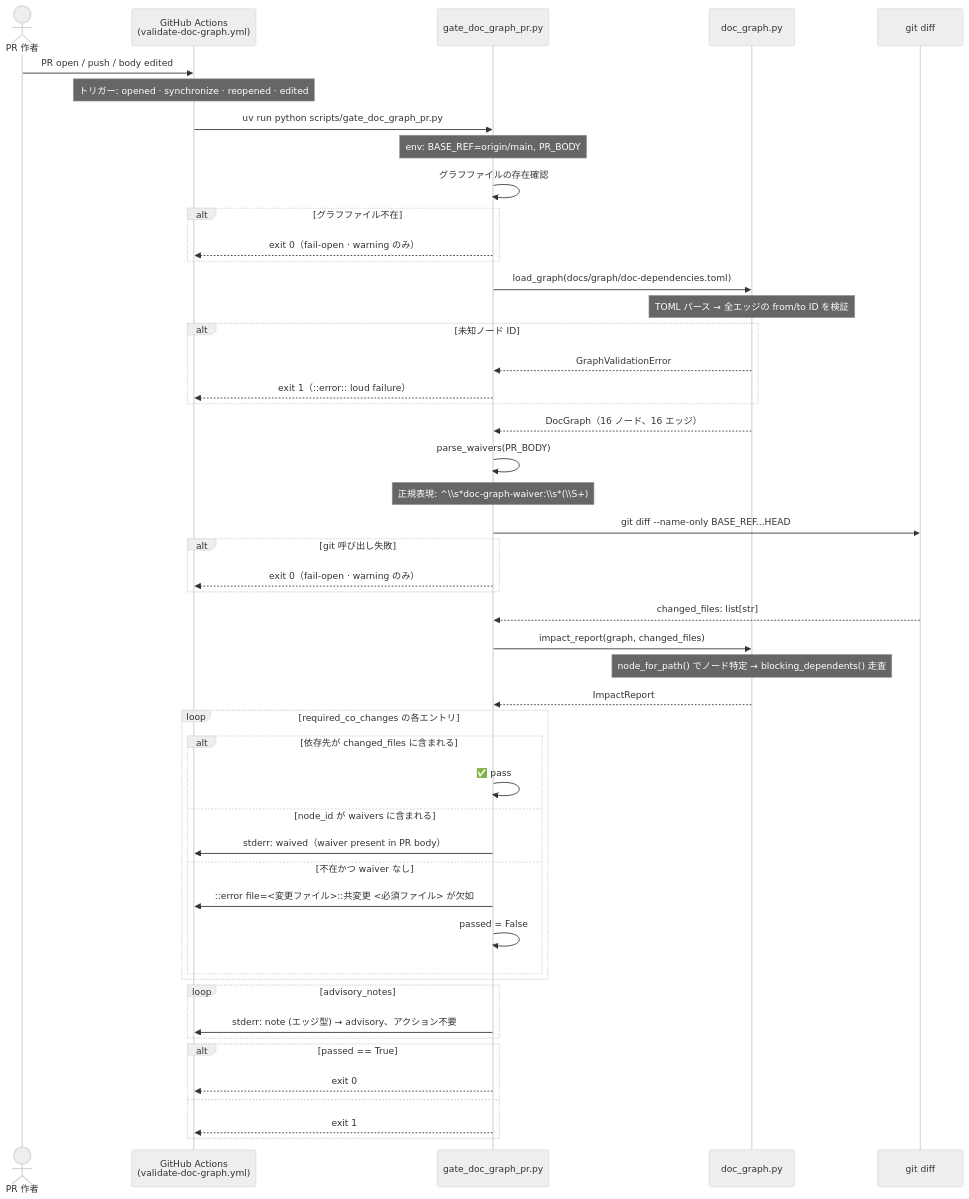
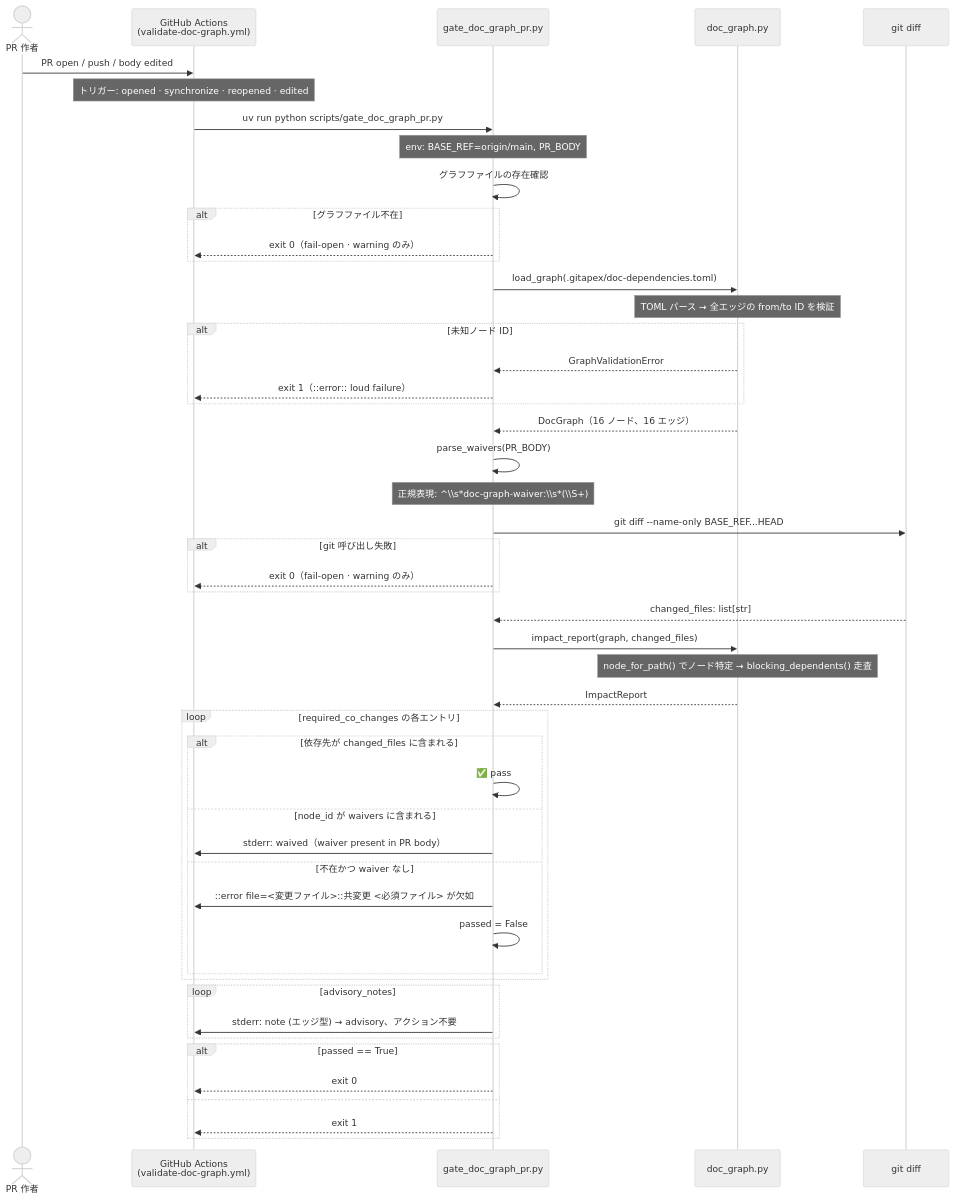
The second of 3 diagrams in docs/uml/doc-dependency-graph-governance.gap.ja.md (tvna/claude-md), drawn with Mermaid (neutral theme) before and after one commit. The commit also changed other lines of this file and 6 other files, not shown here.

First line of the commit message:
docs(uml): add hook-gate FTA/FMEA gap analysis and fix stale doc-graph paths

````diff
--- a/docs/uml/doc-dependency-graph-governance.gap.ja.md
+++ b/docs/uml/doc-dependency-graph-governance.gap.ja.md
@@ -73,62 +73,62 @@
 ```mermaid
 sequenceDiagram
     actor Author as PR 作者
     participant GH as GitHub Actions<br/>(validate-doc-graph.yml)
     participant Gate as gate_doc_graph_pr.py
     participant Lib as doc_graph.py
     participant Git as git diff
 
     Author->>GH: PR open / push / body edited
     note over GH: トリガー: opened · synchronize · reopened · edited
 
     GH->>Gate: uv run python scripts/gate_doc_graph_pr.py
     note over Gate: env: BASE_REF=origin/main, PR_BODY
 
     Gate->>Gate: グラフファイルの存在確認
     alt グラフファイル不在
         Gate-->>GH: exit 0（fail-open · warning のみ）
     end
 
-    Gate->>Lib: load_graph(docs/graph/doc-dependencies.toml)
+    Gate->>Lib: load_graph(.gitapex/doc-dependencies.toml)
     note over Lib: TOML パース → 全エッジの from/to ID を検証
     alt 未知ノード ID
         Lib-->>Gate: GraphValidationError
         Gate-->>GH: exit 1（::error:: loud failure）
     end
     Lib-->>Gate: DocGraph（16 ノード、16 エッジ）
 
     Gate->>Gate: parse_waivers(PR_BODY)
     note over Gate: 正規表現: ^\\s*doc-graph-waiver:\\s*(\\S+)
 
     Gate->>Git: git diff --name-only BASE_REF...HEAD
     alt git 呼び出し失敗
         Gate-->>GH: exit 0（fail-open · warning のみ）
     end
     Git-->>Gate: changed_files: list[str]
 
     Gate->>Lib: impact_report(graph, changed_files)
     note over Lib: node_for_path() でノード特定 → blocking_dependents() 走査
 
     Lib-->>Gate: ImpactReport
 
     loop required_co_changes の各エントリ
         alt 依存先が changed_files に含まれる
             Gate->>Gate: ✅ pass
         else node_id が waivers に含まれる
             Gate->>GH: stderr: waived（waiver present in PR body）
         else 不在かつ waiver なし
             Gate->>GH: ::error file=<変更ファイル>::共変更 <必須ファイル> が欠如
             Gate->>Gate: passed = False
         end
     end
 
     loop advisory_notes
         Gate->>GH: stderr: note (エッジ型) → advisory、アクション不要
     end
 
     alt passed == True
         Gate-->>GH: exit 0
     else
         Gate-->>GH: exit 1
     end
 ```
````
